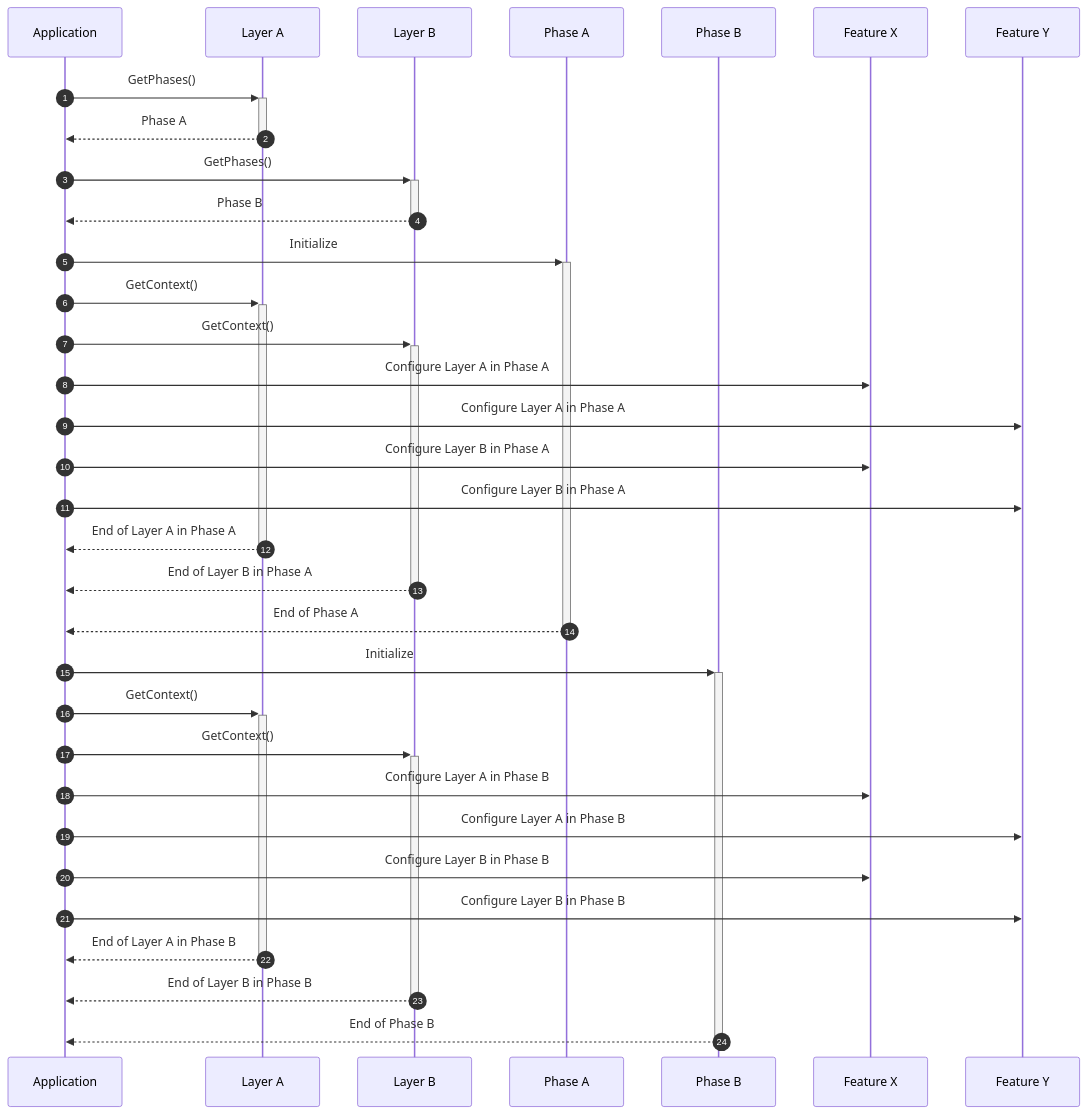
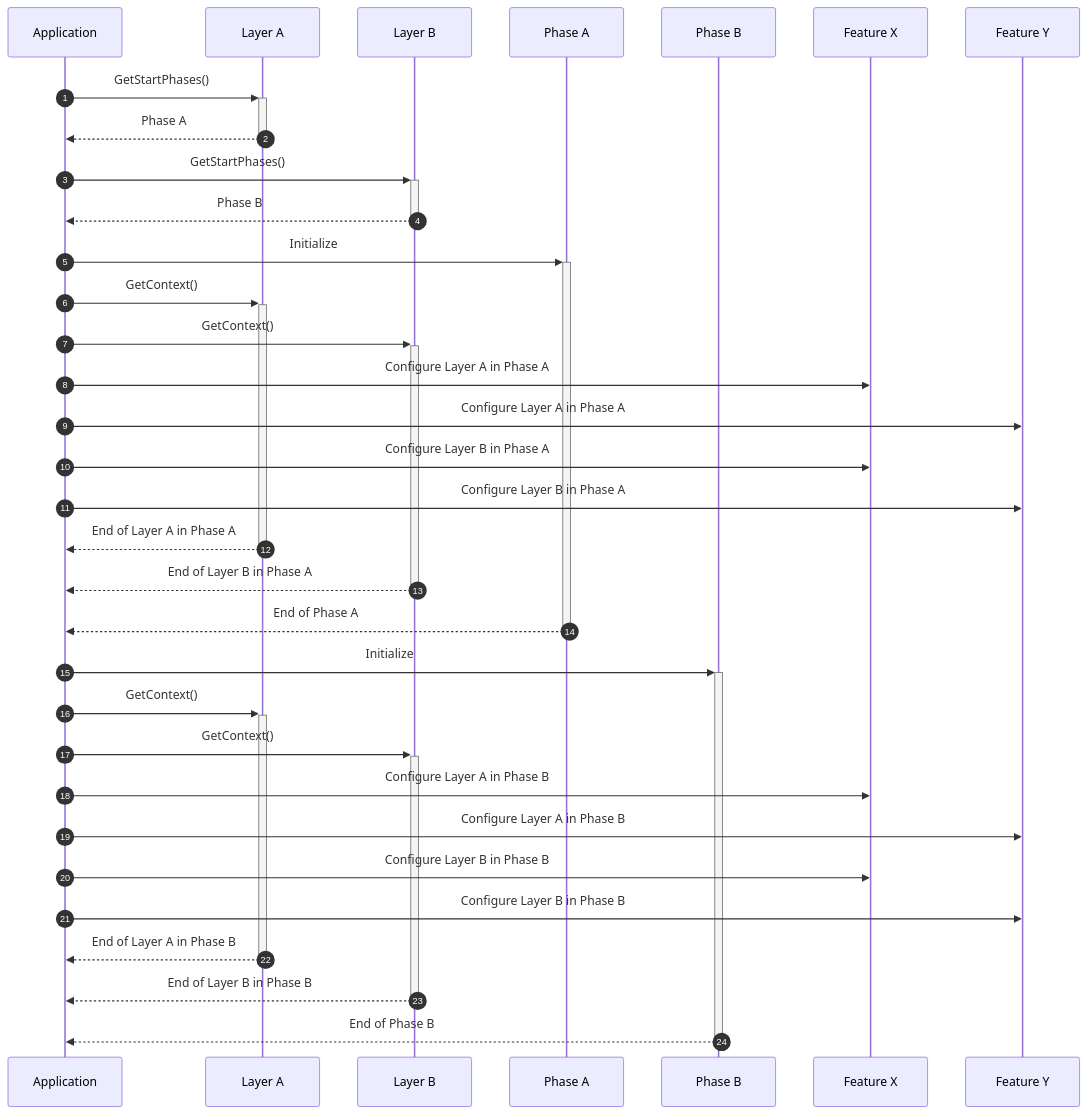
One commit to mouseless/baked changed the second of 3 diagrams in docs/architecture/application.md. Above: the diagram before and after it, drawn with Mermaid. The commit also changed other lines of this file and 4 other files, not shown here.

````diff
--- a/docs/architecture/application.md
+++ b/docs/architecture/application.md
@@ -161,39 +161,39 @@
 ```mermaid
 sequenceDiagram
     participant APP as Application
     participant LA as Layer A
     participant LB as Layer B
     participant PA as Phase A
     participant PB as Phase B
     participant FX as Feature X
     participant FY as Feature Y
 
     autonumber
 
-    APP ->>+ LA: GetPhases()
+    APP ->>+ LA: GetStartPhases()
     LA -->>- APP: Phase A
-    APP ->>+ LB: GetPhases()
+    APP ->>+ LB: GetStartPhases()
     LB -->>- APP: Phase B
 
     APP ->>+ PA: Initialize
     APP ->>+ LA: GetContext()
     APP ->>+ LB: GetContext()
     APP ->> FX: Configure Layer A in Phase A
     APP ->> FY: Configure Layer A in Phase A
     APP ->> FX: Configure Layer B in Phase A
     APP ->> FY: Configure Layer B in Phase A
     LA -->>- APP: End of Layer A in Phase A
     LB -->>- APP: End of Layer B in Phase A
     PA -->>-APP: End of Phase A
 
     APP ->>+ PB: Initialize
     APP ->>+ LA: GetContext()
     APP ->>+ LB: GetContext()
     APP ->> FX: Configure Layer A in Phase B
     APP ->> FY: Configure Layer A in Phase B
     APP ->> FX: Configure Layer B in Phase B
     APP ->> FY: Configure Layer B in Phase B
     LA -->>- APP: End of Layer A in Phase B
     LB -->>- APP: End of Layer B in Phase B
     PB -->>-APP: End of Phase B
 ```
````
